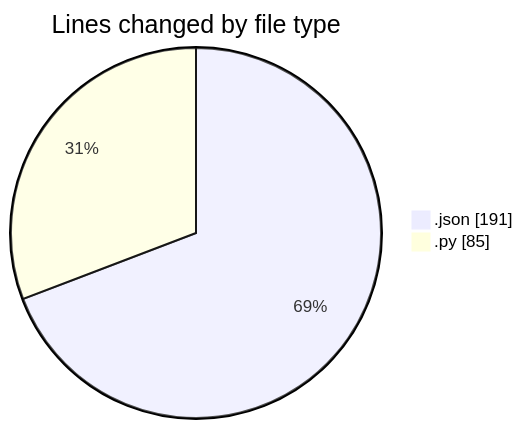
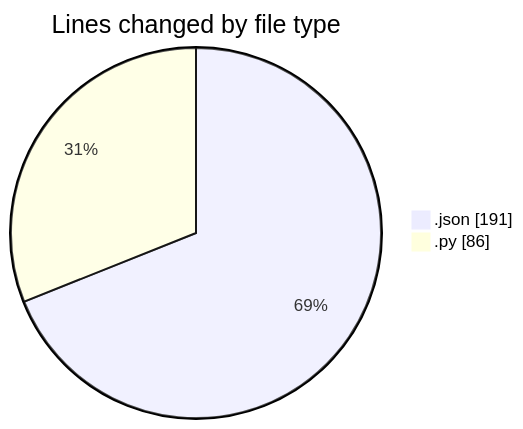
The first of 2 diagrams in 2026-01-02/dsa/README.md (Ritupan-Deka/code-tracking), drawn with Mermaid before and after one commit. The commit also changed other lines of this file and 1 other file, not shown here.

````diff
--- a/2026-01-02/dsa/README.md
+++ b/2026-01-02/dsa/README.md
@@ -22,6 +22,6 @@
 ```mermaid
 pie showData
 title Lines changed by file type
 ".json" : 191
-".py" : 85
+".py" : 86
 ```
````
